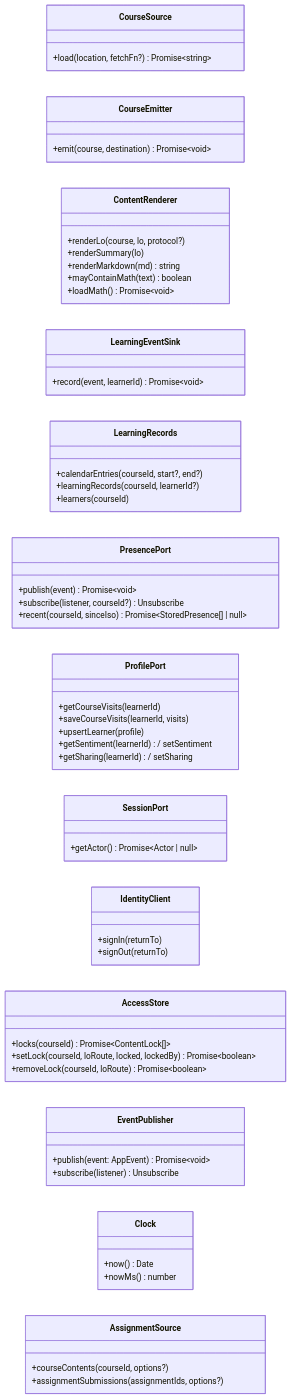
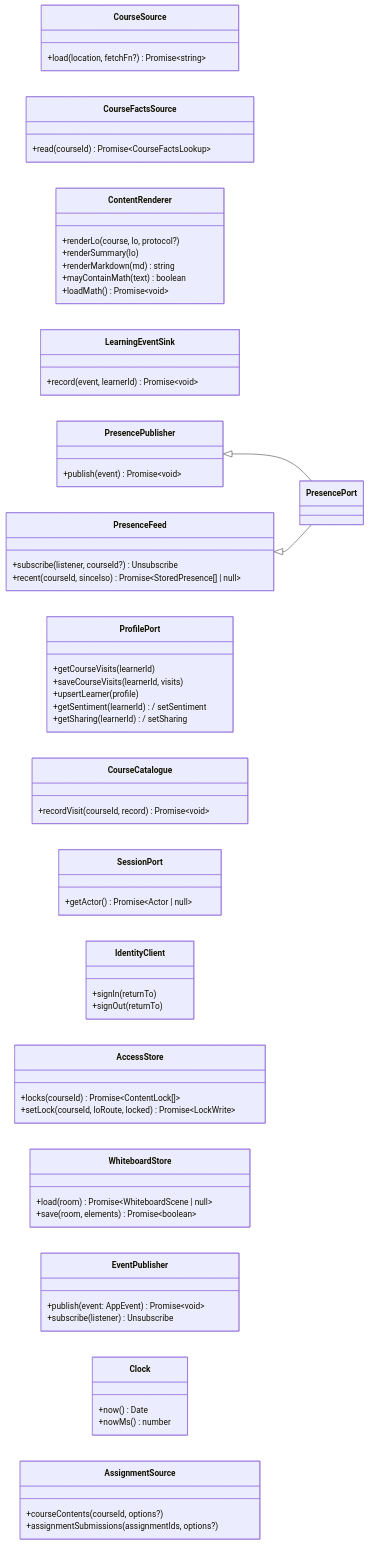
The fifth of 15 diagrams in ARCHITECTURE.md (tutors-sdk/tutors-mono-repo), drawn with Mermaid before and after one commit. The commit also changed other lines of this file and 25 other files, not shown here.

````diff
--- a/ARCHITECTURE.md
+++ b/ARCHITECTURE.md
@@ -256,61 +255,67 @@
 ```mermaid
 classDiagram
   direction LR
   class CourseSource {
     +load(location, fetchFn?) Promise~string~
   }
-  class CourseEmitter {
-    +emit(course, destination) Promise~void~
+  class CourseFactsSource {
+    +read(courseId) Promise~CourseFactsLookup~
   }
   class ContentRenderer {
     +renderLo(course, lo, protocol?)
     +renderSummary(lo)
     +renderMarkdown(md) string
     +mayContainMath(text) boolean
     +loadMath() Promise~void~
   }
   class LearningEventSink {
     +record(event, learnerId) Promise~void~
   }
-  class LearningRecords {
-    +calendarEntries(courseId, start?, end?)
-    +learningRecords(courseId, learnerId?)
-    +learners(courseId)
+  class PresencePublisher {
+    +publish(event) Promise~void~
   }
-  class PresencePort {
-    +publish(event) Promise~void~
+  class PresenceFeed {
     +subscribe(listener, courseId?) Unsubscribe
     +recent(courseId, sinceIso) Promise~StoredPresence[] | null~
   }
+  class PresencePort
+  PresencePublisher <|-- PresencePort
+  PresenceFeed <|-- PresencePort
   class ProfilePort {
     +getCourseVisits(learnerId)
     +saveCourseVisits(learnerId, visits)
     +upsertLearner(profile)
     +getSentiment(learnerId) / setSentiment
     +getSharing(learnerId) / setSharing
+  }
+  class CourseCatalogue {
+    +recordVisit(courseId, record) Promise~void~
   }
   class SessionPort {
     +getActor() Promise~Actor | null~
   }
   class IdentityClient {
     +signIn(returnTo)
     +signOut(returnTo)
   }
   class AccessStore {
     +locks(courseId) Promise~ContentLock[]~
-    +setLock(courseId, loRoute, locked, lockedBy) Promise~boolean~
-    +removeLock(courseId, loRoute) Promise~boolean~
+    +setLock(courseId, loRoute, locked) Promise~LockWrite~
+  }
+  class WhiteboardStore {
+    +load(room) Promise~WhiteboardScene | null~
+    +save(room, elements) Promise~boolean~
   }
   class EventPublisher {
     +publish(event: AppEvent) Promise~void~
     +subscribe(listener) Unsubscribe
   }
   class Clock {
     +now() Date
     +nowMs() number
   }
   class AssignmentSource {
     +courseContents(courseId, options?)
     +assignmentSubmissions(assignmentIds, options?)
   }
 ```
````
